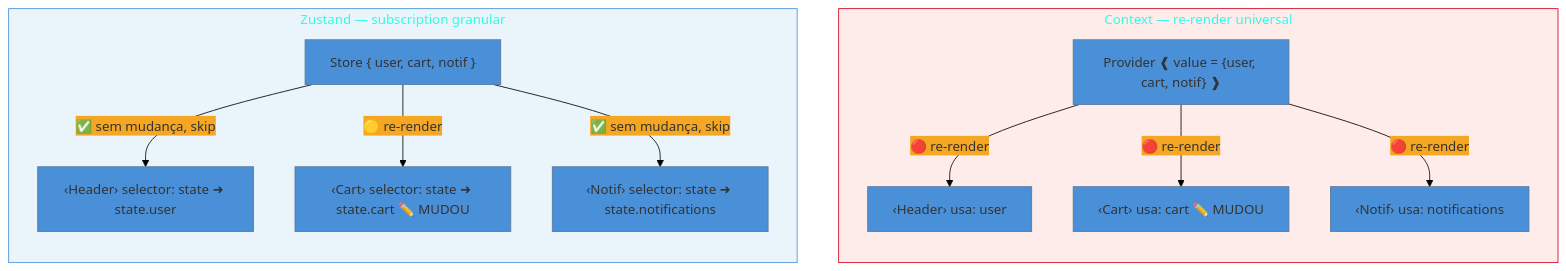
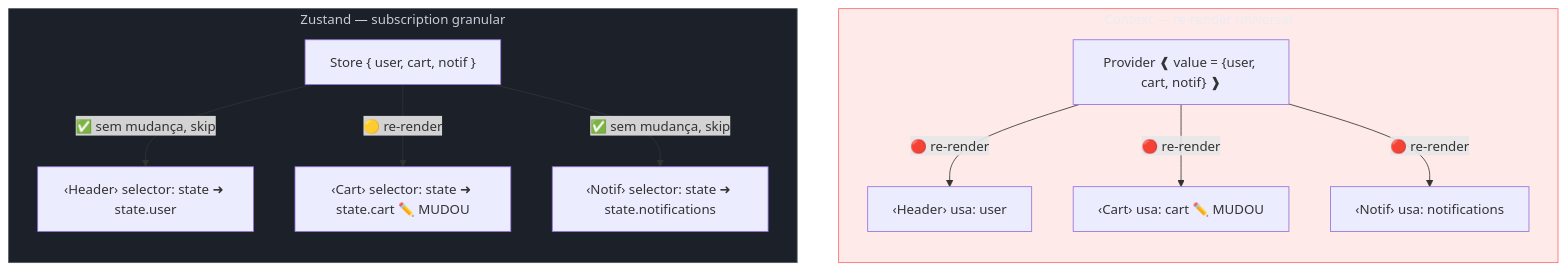
Before and after one commit to josenaldo/codex-technomanticus: the diagram in 03-Dominios/Tecnologia/React/Ecossistema/07 - Client state global - Context e Zustand.md, drawn with Mermaid. The commit also changed 1181 other files, not shown here.

First line of the commit message:
fix(diagramas): paleta do sistema no lugar de cor cravada no markdown

````diff
--- a/03-Dominios/Tecnologia/React/Ecossistema/07 - Client state global - Context e Zustand.md
+++ b/03-Dominios/Tecnologia/React/Ecossistema/07 - Client state global - Context e Zustand.md
@@ -85,28 +85,29 @@
 ```mermaid
-%%{init: {"theme": "base", "themeVariables": {"primaryColor": "#4A90D9", "secondaryColor": "#F5A623", "tertiaryColor": "#D0021B", "background": "#ffffff"}}}%%
 graph TB
+    classDef falha fill:#FF6B6B24,stroke:#FF6B6B,color:#E9ECF2
+    classDef neutro fill:#1B2029,stroke:#4E5666,color:#C6CCD8
     subgraph CTX["Context — re-render universal"]
         direction TB
         P1["Provider ❰ value = {user, cart, notif} ❱"]
         C1["‹Header› usa: user"]
         C2["‹Cart› usa: cart ✏️ MUDOU"]
         C3["‹Notif› usa: notifications"]
         P1 -->|"🔴 re-render"| C1
         P1 -->|"🔴 re-render"| C2
         P1 -->|"🔴 re-render"| C3
     end
 
     subgraph ZST["Zustand — subscription granular"]
         direction TB
         S["Store { user, cart, notif }"]
         Z1["‹Header› selector: state ➜ state.user"]
         Z2["‹Cart› selector: state ➜ state.cart ✏️ MUDOU"]
         Z3["‹Notif› selector: state ➜ state.notifications"]
         S -->|"✅ sem mudança, skip"| Z1
         S -->|"🟡 re-render"| Z2
         S -->|"✅ sem mudança, skip"| Z3
     end
 
-    style CTX fill:#FDECEA,stroke:#D0021B
-    style ZST fill:#EAF4FB,stroke:#4A90D9
+    class CTX falha
+    class ZST neutro
 ```
````
